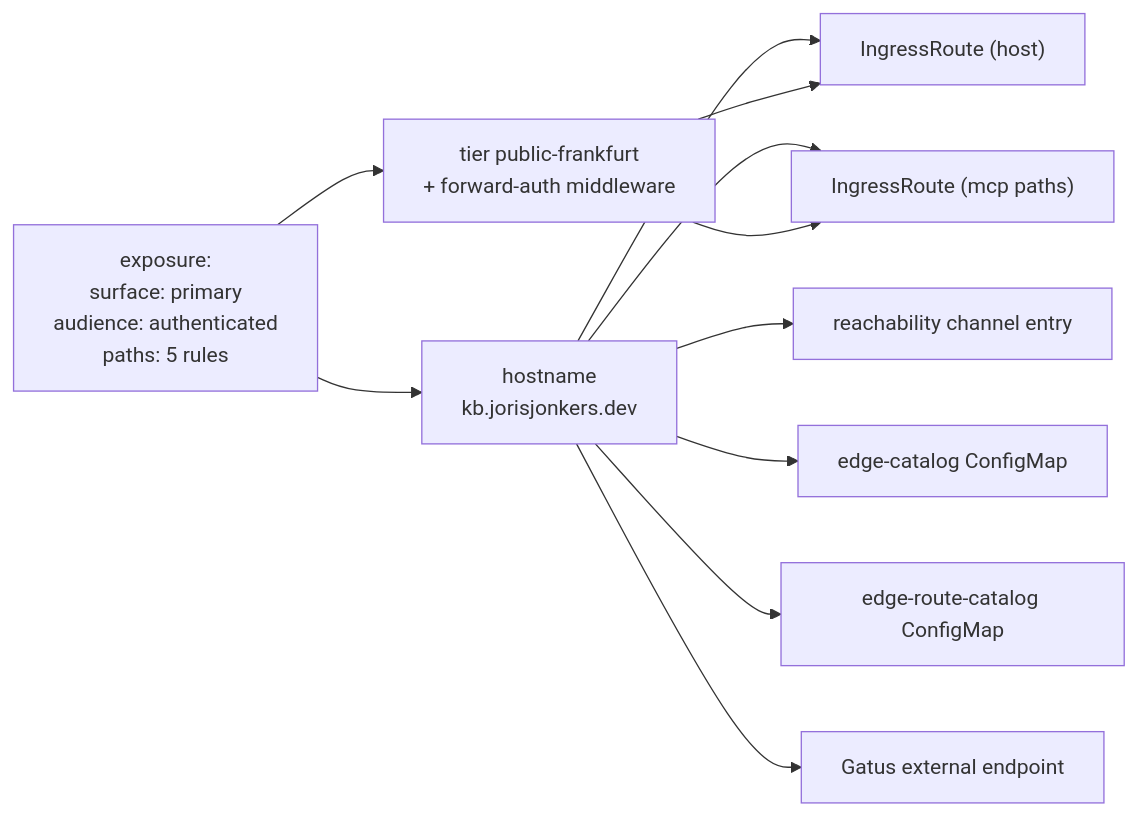
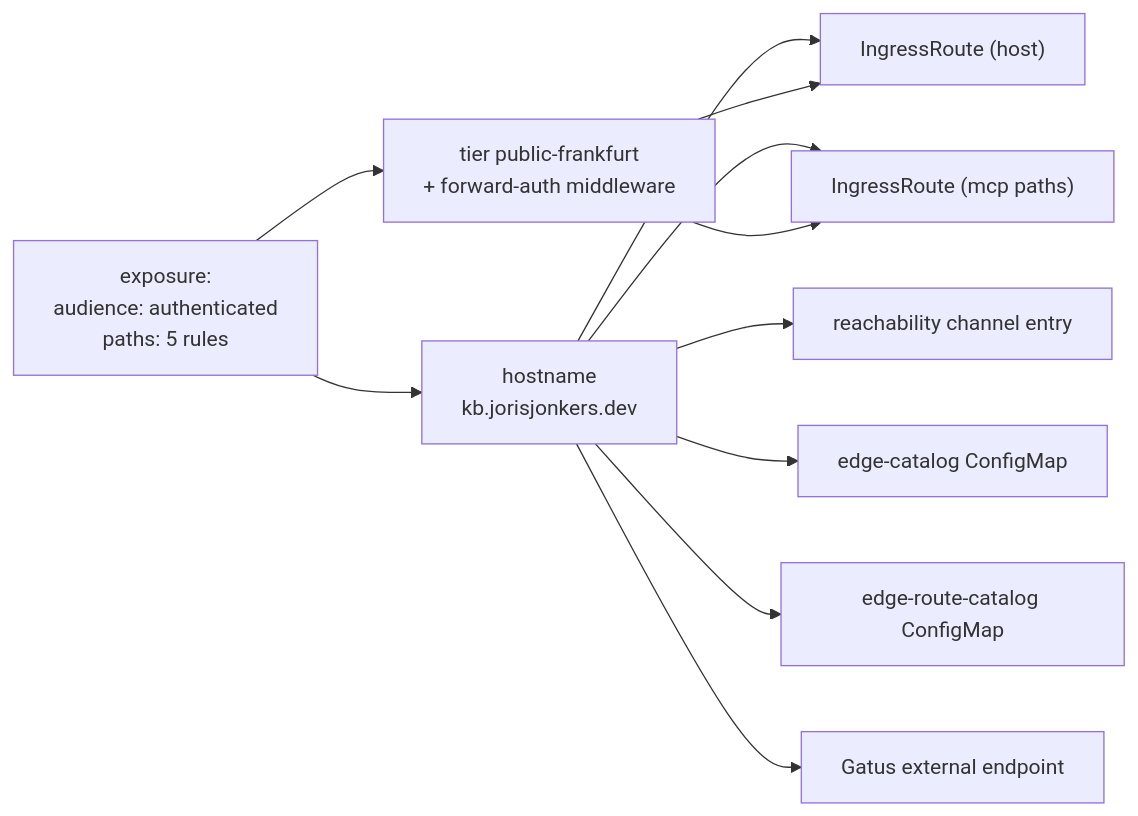
The third of 3 diagrams in spec/v1/16-dependencies.md (JorisJonkers-dev/deploy-config-schema), drawn with Mermaid before and after one commit. The commit also changed other lines of this file and 110 other files, not shown here.

````diff
--- a/spec/v1/16-dependencies.md
+++ b/spec/v1/16-dependencies.md
@@ -242,15 +447,16 @@
 ```mermaid
 flowchart LR
-    X["exposure:<br/>surface: primary<br/>audience: authenticated<br/>paths: 5 rules"]
+    X["exposure:<br/>audience: authenticated<br/>paths: 5 rules"]
 
     X --> H["hostname<br/>kb.jorisjonkers.dev"]
     X --> T["tier public-frankfurt<br/>+ forward-auth middleware"]
+
     H --> A1["IngressRoute (host)"]
     H --> A2["IngressRoute (mcp paths)"]
     H --> A3["reachability channel entry"]
     H --> A4["edge-catalog ConfigMap"]
     H --> A5["edge-route-catalog ConfigMap"]
     H --> A6["Gatus external endpoint"]
     T --> A1
     T --> A2
 ```
````
